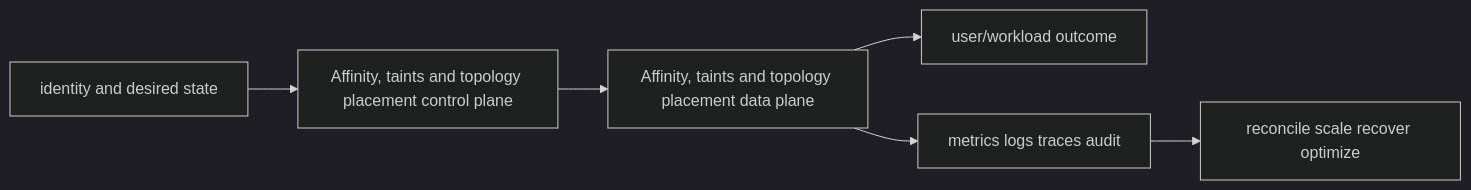
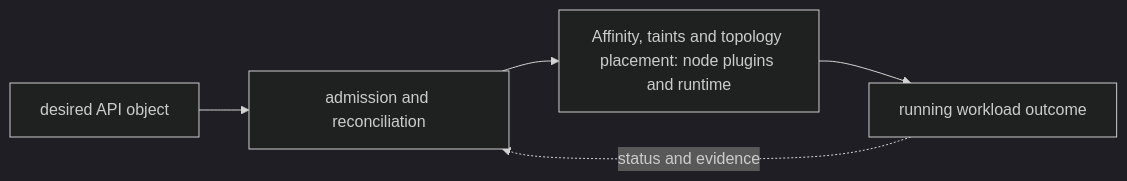
The diagram in 06-kubernetes/06-scheduling-autoscaling/02-placement/README.md (tomkidumbuyo/DevOps-interview-preparation), drawn with Mermaid (dark theme) before and after one commit. The commit also changed other lines of this file and 753 other files, not shown here.

````diff
--- a/06-kubernetes/06-scheduling-autoscaling/02-placement/README.md
+++ b/06-kubernetes/06-scheduling-autoscaling/02-placement/README.md
@@ -19,8 +31,7 @@
 ```mermaid
 flowchart LR
-  I[identity and desired state] --> C[Affinity, taints and topology placement control plane]
-  C --> D[Affinity, taints and topology placement data plane]
-  D --> U[user/workload outcome]
-  D --> O[metrics logs traces audit]
-  O --> R[reconcile scale recover optimize]
+  A["desired API object"] --> B["admission and reconciliation"]
+  B --> C["Affinity, taints and topology placement: node plugins and runtime"]
+  C --> D["running workload outcome"]
+  D -. "status and evidence" .-> B
 ```
````
